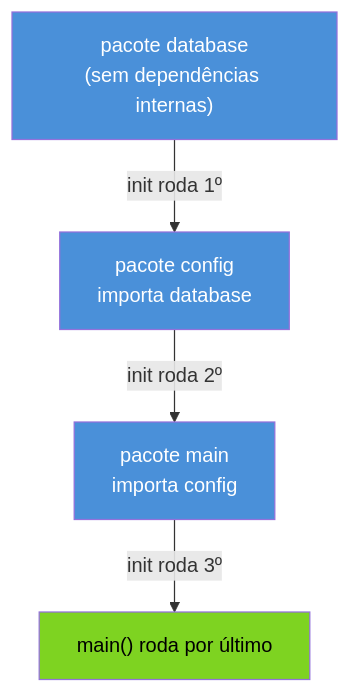
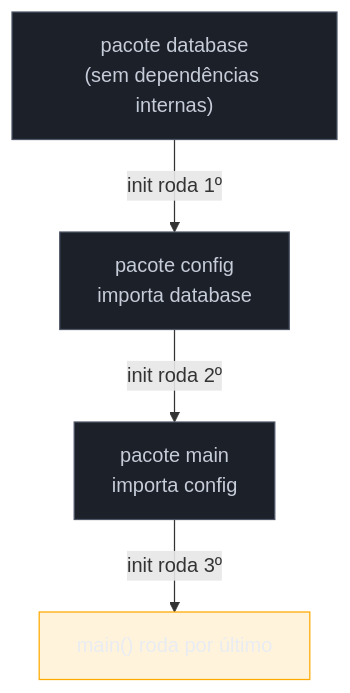
The second of 2 diagrams in 03-Dominios/Tecnologia/Go/01 - Fundamentos e sintaxe/05 - Pacotes, imports e visibilidade.md (josenaldo/codex-technomanticus), drawn with Mermaid before and after one commit. The commit also changed other lines of this file and 1181 other files, not shown here.

First line of the commit message:
fix(diagramas): paleta do sistema no lugar de cor cravada no markdown

````diff
--- a/03-Dominios/Tecnologia/Go/01 - Fundamentos e sintaxe/05 - Pacotes, imports e visibilidade.md
+++ b/03-Dominios/Tecnologia/Go/01 - Fundamentos e sintaxe/05 - Pacotes, imports e visibilidade.md
@@ -252,11 +255,13 @@
 ```mermaid
 flowchart TD
+    classDef neutro fill:#1B2029,stroke:#4E5666,color:#C6CCD8
+    classDef destaque fill:#FFAA0024,stroke:#FFAA00,color:#E9ECF2
     A["pacote database<br/>(sem dependências internas)"] -->|init roda 1º| B["pacote config<br/>importa database"]
     B -->|init roda 2º| C["pacote main<br/>importa config"]
     C -->|init roda 3º| D["main() roda por último"]
 
-    style A fill:#4A90D9,color:#fff
-    style B fill:#4A90D9,color:#fff
-    style C fill:#4A90D9,color:#fff
-    style D fill:#7ED321,color:#000
+    class A neutro
+    class B neutro
+    class C neutro
+    class D destaque
 ```
````
